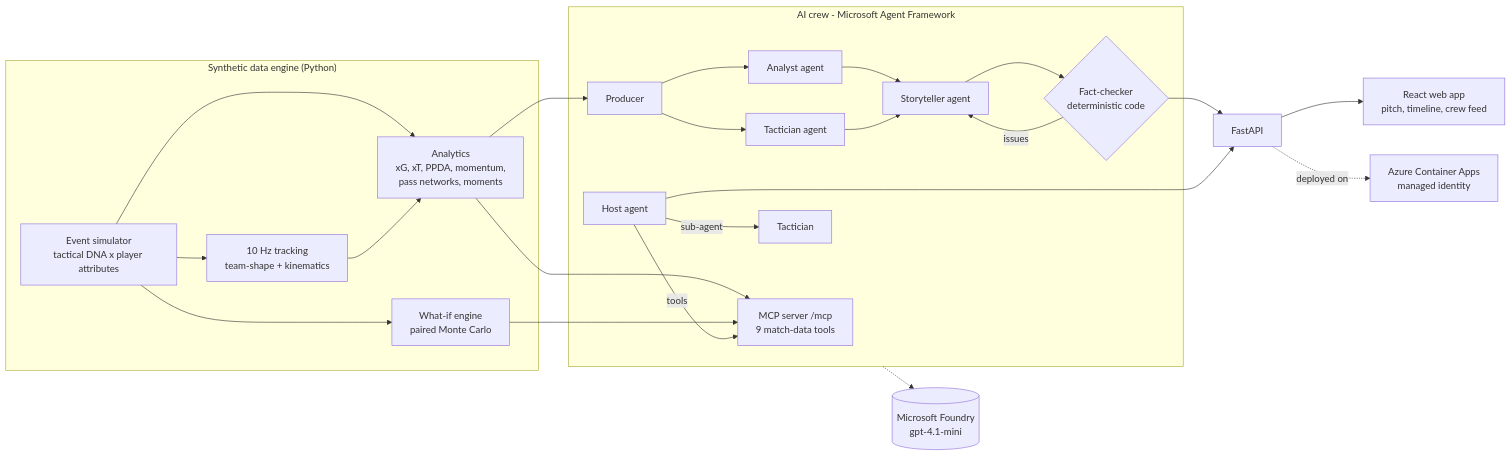
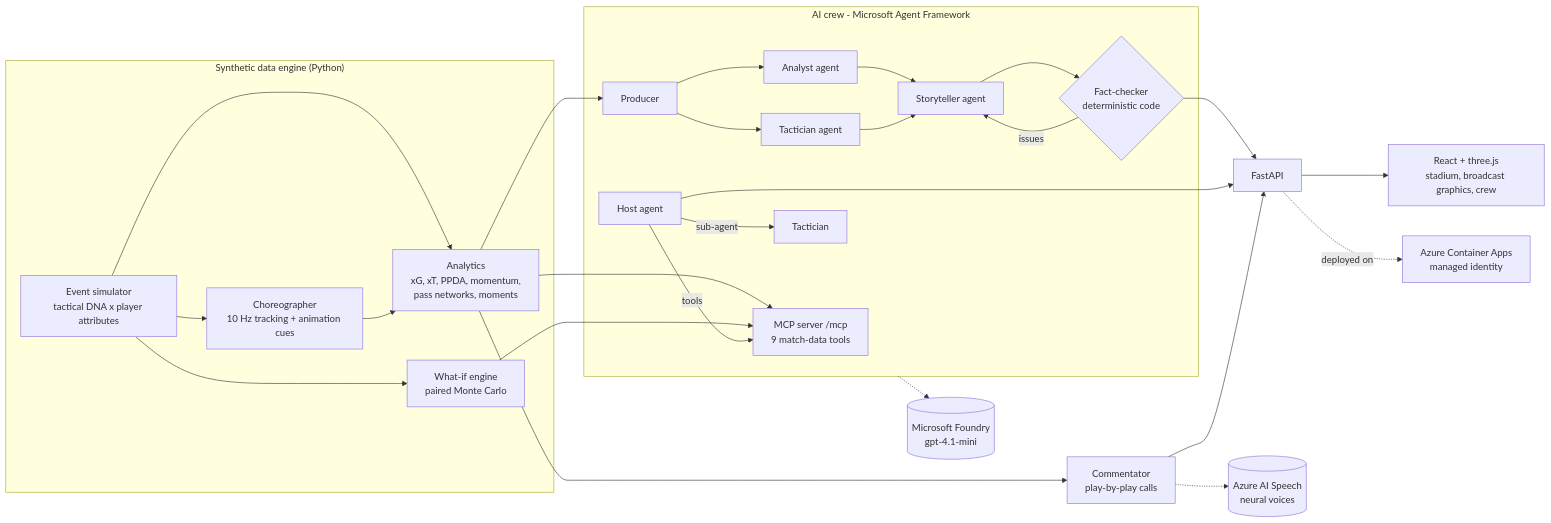
The diagram in README.md (ash-rafhamid/matchmind), drawn with Mermaid before and after one commit. The commit also changed other lines of this file and 3 other files, not shown here.

````diff
--- a/README.md
+++ b/README.md
@@ -37,27 +43,30 @@
 ```mermaid
 flowchart LR
   subgraph Data["Synthetic data engine (Python)"]
-    SIM[Event simulator<br/>tactical DNA x player attributes] --> TRK[10 Hz tracking<br/>team-shape + kinematics]
+    SIM[Event simulator<br/>tactical DNA x player attributes] --> CHO[Choreographer<br/>10 Hz tracking + animation cues]
     SIM --> AN[Analytics<br/>xG, xT, PPDA, momentum,<br/>pass networks, moments]
-    TRK --> AN
+    CHO --> AN
     SIM --> WI[What-if engine<br/>paired Monte Carlo]
   end
   AN --> MCP[MCP server /mcp<br/>9 match-data tools]
   WI --> MCP
   subgraph Crew["AI crew - Microsoft Agent Framework"]
     P[Producer] --> A[Analyst agent]
     P --> T[Tactician agent]
     A --> S[Storyteller agent]
     T --> S
     S --> F{Fact-checker<br/>deterministic code}
     F -- issues --> S
     H[Host agent] -->|tools| MCP
     H -->|sub-agent| T2[Tactician]
   end
   AN --> P
+  AN --> PBP[Commentator<br/>play-by-play calls]
   F --> API[FastAPI]
   H --> API
-  API --> UI[React web app<br/>pitch, timeline, crew feed]
+  PBP --> API
+  API --> UI[React + three.js<br/>stadium, broadcast graphics, crew]
   Crew -.-> FOUNDRY[(Microsoft Foundry<br/>gpt-4.1-mini)]
+  PBP -.-> SPEECH[(Azure AI Speech<br/>neural voices)]
   API -.deployed on.-> ACA[Azure Container Apps<br/>managed identity]
 ```
````
